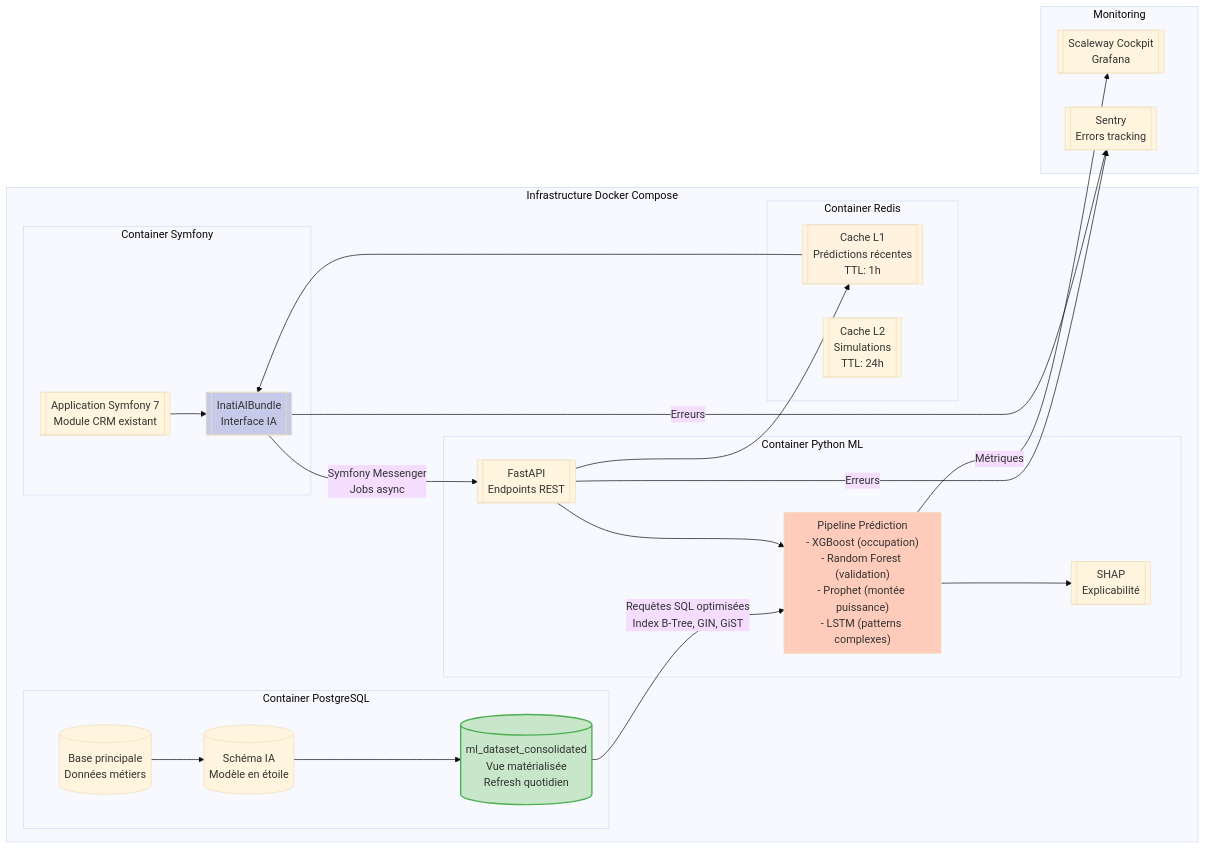
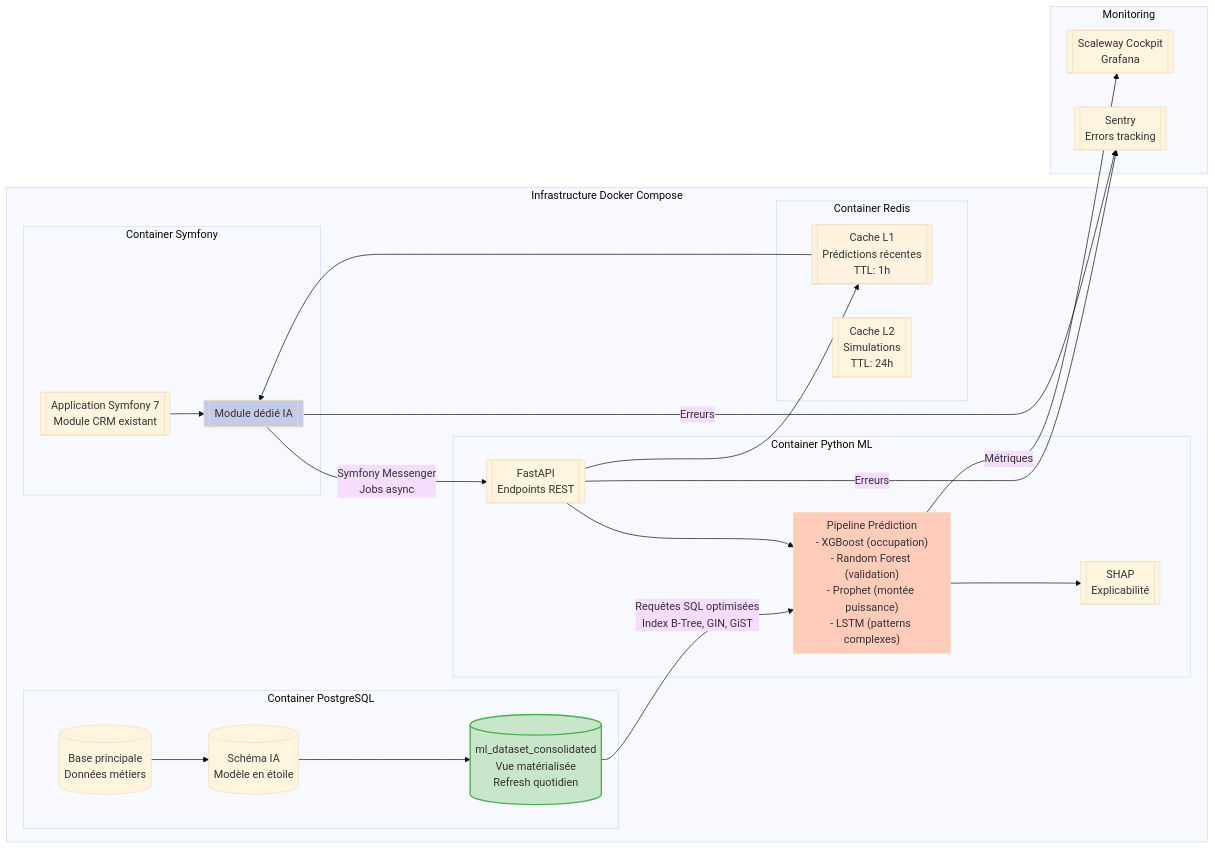
Before and after one commit to cmatheo/memoire-m2: the diagram in Diagramme des flux de données vers les modèles IA.md, drawn with Mermaid (base theme).

Commit message:
Update Diagramme des flux de données vers les modèles IA.md

````diff
--- a/Diagramme des flux de données vers les modèles IA.md
+++ b/Diagramme des flux de données vers les modèles IA.md
@@ -1,54 +1,48 @@
 ```mermaid
-graph LR
-    subgraph "Infrastructure Docker Compose"
-        subgraph "Container Symfony"
-            A1[["Application Symfony 7<br/>Module CRM existant"]]
-            A2[["InatiAIBundle<br/>Interface IA"]]
-        end
-        
-        subgraph "Container PostgreSQL"
-            B1[("Base principale<br/>Données métiers")]
-            B2[("Schéma IA<br/>Modèle en étoile")]
-            B3[("ml_dataset_consolidated<br/>Vue matérialisée<br/>Refresh quotidien")]
-        end
-        
-        subgraph "Container Python ML"
-            C1[["FastAPI<br/>Endpoints REST"]]
-            C2[["Pipeline Prédiction<br/>- XGBoost (occupation)<br/>- Random Forest (validation)<br/>- Prophet (montée puissance)<br/>- LSTM (patterns complexes)"]]
-            C3[["SHAP<br/>Explicabilité"]]
-        end
-        
-        subgraph "Container Redis"
-            D1[["Cache L1<br/>Prédictions récentes<br/>TTL: 1h"]]
-            D2[["Cache L2<br/>Simulations<br/>TTL: 24h"]]
-        end
-    end
-    
-    subgraph "Monitoring"
-        E1[["Scaleway Cockpit<br/>Grafana"]]
-        E2[["Sentry<br/>Errors tracking"]]
-    end
-    
+flowchart LR
+ subgraph subGraph0["Container Symfony"]
+        A1[["Application Symfony 7<br>Module CRM existant"]]
+        A2[["Module dédié IA"]]
+  end
+ subgraph subGraph1["Container PostgreSQL"]
+        B1[("Base principale<br>Données métiers")]
+        B2[("Schéma IA<br>Modèle en étoile")]
+        B3[("ml_dataset_consolidated<br>Vue matérialisée<br>Refresh quotidien")]
+  end
+ subgraph subGraph2["Container Python ML"]
+        C1[["FastAPI<br>Endpoints REST"]]
+        C2[["Pipeline Prédiction<br>- XGBoost (occupation)<br>- Random Forest (validation)<br>- Prophet (montée puissance)<br>- LSTM (patterns complexes)"]]
+        C3[["SHAP<br>Explicabilité"]]
+  end
+ subgraph subGraph3["Container Redis"]
+        D1[["Cache L1<br>Prédictions récentes<br>TTL: 1h"]]
+        D2[["Cache L2<br>Simulations<br>TTL: 24h"]]
+  end
+ subgraph subGraph4["Infrastructure Docker Compose"]
+        subGraph0
+        subGraph1
+        subGraph2
+        subGraph3
+  end
+ subgraph Monitoring["Monitoring"]
+        E1[["Scaleway Cockpit<br>Grafana"]]
+        E2[["Sentry<br>Errors tracking"]]
+  end
     B1 --> B2
     B2 --> B3
-    
     A1 --> A2
-    A2 -->|"Symfony Messenger<br/>Jobs async"| C1
-    
-    B3 -->|"Requêtes SQL optimisées<br/>Index B-Tree, GIN, GiST"| C2
-    
-    C1 --> C2
+    A2 -- Symfony Messenger<br>Jobs async --> C1
+    B3 -- "Requêtes SQL optimisées<br>Index B-Tree, GIN, GiST" --> C2
+    C1 --> C2 & D1
     C2 --> C3
-    
-    C1 --> D1
     D1 --> A2
-    
-    C2 -->|"Métriques"| E1
-    A2 -->|"Erreurs"| E2
-    C1 -->|"Erreurs"| E2
-    
+    C2 -- Métriques --> E1
+    A2 -- Erreurs --> E2
+    C1 -- Erreurs --> E2
+
     style A2 fill:#c5cae9
     style B3 fill:#c8e6c9,stroke:#4caf50,stroke-width:2px
     style C2 fill:#ffccbc
     style D1 fill:#fff3e0
+
 ```
````
